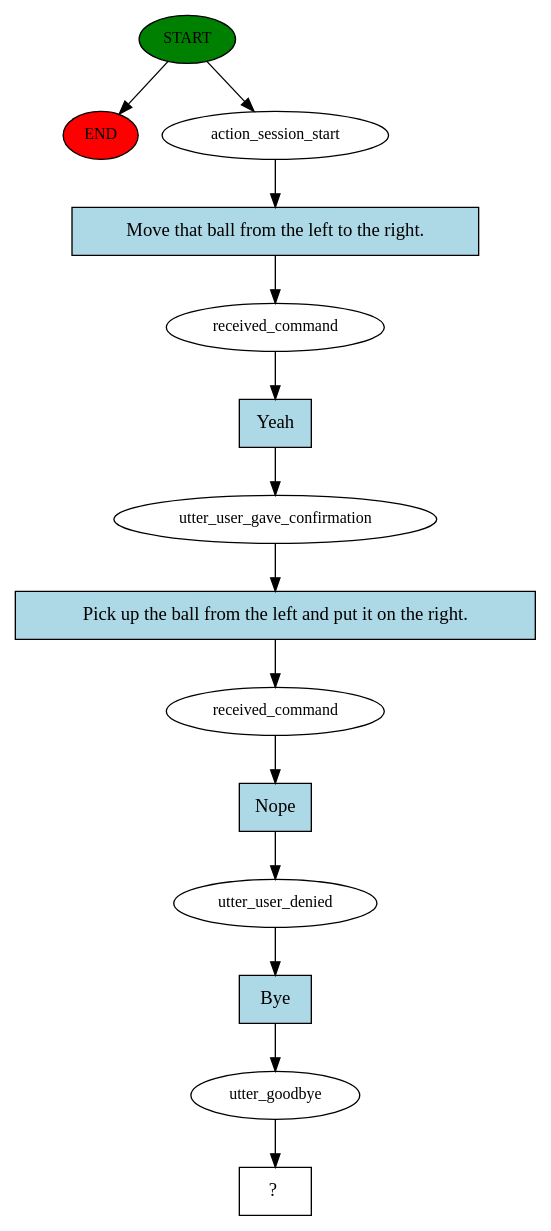
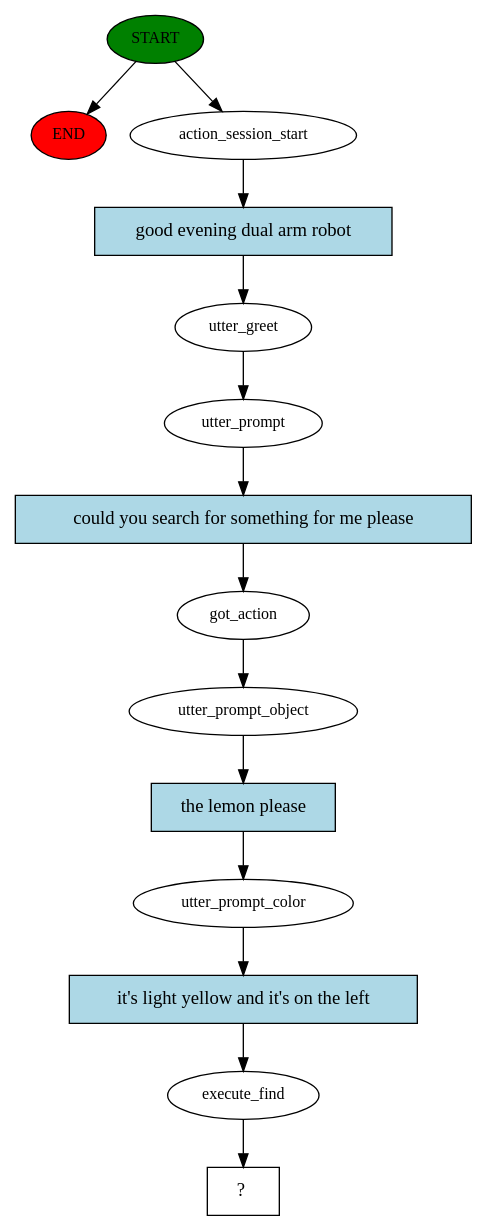
The diagram in story_graph.dot (glhr/rasa_project), drawn with Graphviz before and after one commit. The commit also changed 11 other files, not shown here.

Commit message:
updated implementation, clarification for find command works well

```diff
--- a/story_graph.dot
+++ b/story_graph.dot
@@ -1,29 +1,29 @@
 digraph  {
 0 [class="start active", fillcolor=green, fontsize=12, label=START, style=filled];
 "-1" [class=end, fillcolor=red, fontsize=12, label=END, style=filled];
 1 [class=active, fontsize=12, label=action_session_start];
-2 [class=active, fontsize=12, label=received_command];
-3 [class=active, fontsize=12, label=utter_user_gave_confirmation];
-4 [class=active, fontsize=12, label=received_command];
-5 [class=active, fontsize=12, label=utter_user_denied];
-6 [class=active, fontsize=12, label=utter_goodbye];
-7 [class="intent dashed active", label="  ?  ", shape=rect];
-8 [class="intent active", fillcolor=lightblue, label="Move that ball from the left to the right.", shape=rect, style=filled];
-9 [class="intent active", fillcolor=lightblue, label=Yeah, shape=rect, style=filled];
-10 [class="intent active", fillcolor=lightblue, label="Pick up the ball from the left and put it on the right.", shape=rect, style=filled];
-11 [class="intent active", fillcolor=lightblue, label=Nope, shape=rect, style=filled];
-12 [class="intent active", fillcolor=lightblue, label=Bye, shape=rect, style=filled];
+2 [class=active, fontsize=12, label=utter_greet];
+3 [class=active, fontsize=12, label=utter_prompt];
+4 [class=active, fontsize=12, label=got_action];
+5 [class=active, fontsize=12, label=utter_prompt_object];
+6 [class=active, fontsize=12, label=utter_prompt_color];
+7 [class=active, fontsize=12, label=execute_find];
+8 [class="intent dashed active", label="  ?  ", shape=rect];
+9 [class="intent active", fillcolor=lightblue, label="good evening dual arm robot", shape=rect, style=filled];
+10 [class="intent active", fillcolor=lightblue, label="could you search for something for me please", shape=rect, style=filled];
+11 [class="intent active", fillcolor=lightblue, label="the lemon please", shape=rect, style=filled];
+12 [class="intent active", fillcolor=lightblue, label="it's light yellow and it's on the left", shape=rect, style=filled];
 0 -> "-1"  [class="", key=NONE, label=""];
 0 -> 1  [class=active, key=NONE, label=""];
-1 -> 8  [class=active, key=0];
-2 -> 9  [class=active, key=0];
+1 -> 9  [class=active, key=0];
+2 -> 3  [class=active, key=NONE, label=""];
 3 -> 10  [class=active, key=0];
-4 -> 11  [class=active, key=0];
-5 -> 12  [class=active, key=0];
-6 -> 7  [class=active, key=NONE, label=""];
-8 -> 2  [class=active, key=0];
-9 -> 3  [class=active, key=0];
+4 -> 5  [class=active, key=NONE, label=""];
+5 -> 11  [class=active, key=0];
+6 -> 12  [class=active, key=0];
+7 -> 8  [class=active, key=NONE, label=""];
+9 -> 2  [class=active, key=0];
 10 -> 4  [class=active, key=0];
-11 -> 5  [class=active, key=0];
-12 -> 6  [class=active, key=0];
+11 -> 6  [class=active, key=0];
+12 -> 7  [class=active, key=0];
 }
```
